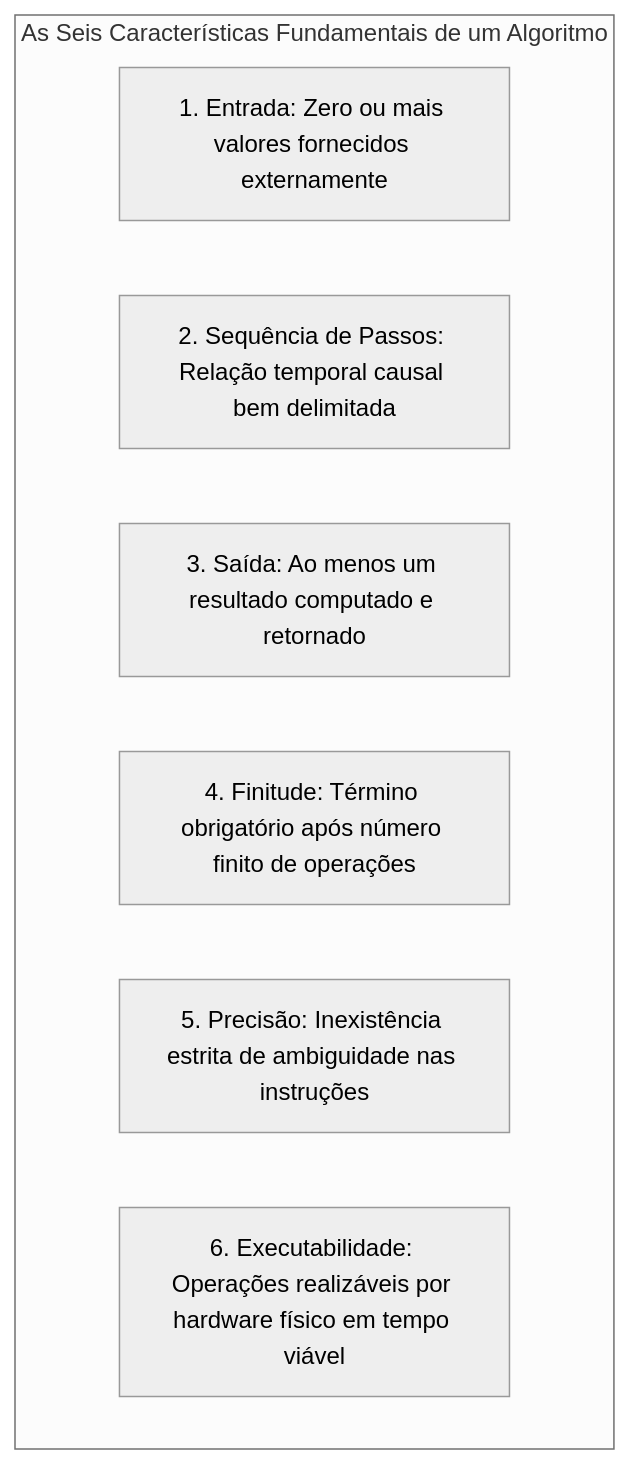
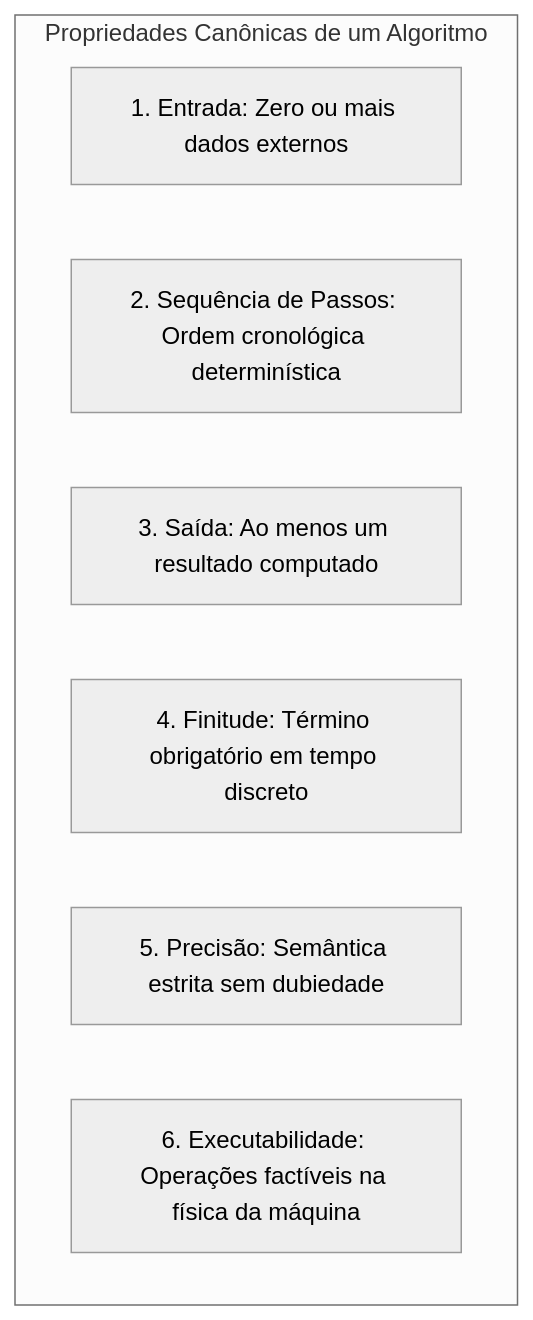
Before and after one commit to murilolol/unifef: the second of 27 diagrams in 4º Semestre/[Prof. Wesley Soares] Estrutura de Dados I/Resumos-IA/Caderno-Consolidado.md, drawn with Mermaid (neutral theme). The commit also changed other lines of this file and 40 other files, not shown here.

````diff
--- a/4º Semestre/[Prof. Wesley Soares] Estrutura de Dados I/Resumos-IA/Caderno-Consolidado.md
+++ b/4º Semestre/[Prof. Wesley Soares] Estrutura de Dados I/Resumos-IA/Caderno-Consolidado.md
@@ -172,11 +158,11 @@
 ```mermaid
 flowchart TD
-    subgraph Caracteristicas["As Seis Características Fundamentais de um Algoritmo"]
-        C1["1. Entrada: Zero ou mais valores fornecidos externamente"]
-        C2["2. Sequência de Passos: Relação temporal causal bem delimitada"]
-        C3["3. Saída: Ao menos um resultado computado e retornado"]
-        C4["4. Finitude: Término obrigatório após número finito de operações"]
-        C5["5. Precisão: Inexistência estrita de ambiguidade nas instruções"]
-        C6["6. Executabilidade: Operações realizáveis por hardware físico em tempo viável"]
+    subgraph Caracteristicas["Propriedades Canônicas de um Algoritmo"]
+        C1["1. Entrada: Zero ou mais dados externos"]
+        C2["2. Sequência de Passos: Ordem cronológica determinística"]
+        C3["3. Saída: Ao menos um resultado computado"]
+        C4["4. Finitude: Término obrigatório em tempo discreto"]
+        C5["5. Precisão: Semântica estrita sem dubiedade"]
+        C6["6. Executabilidade: Operações factíveis na física da máquina"]
     end
 ```
````
